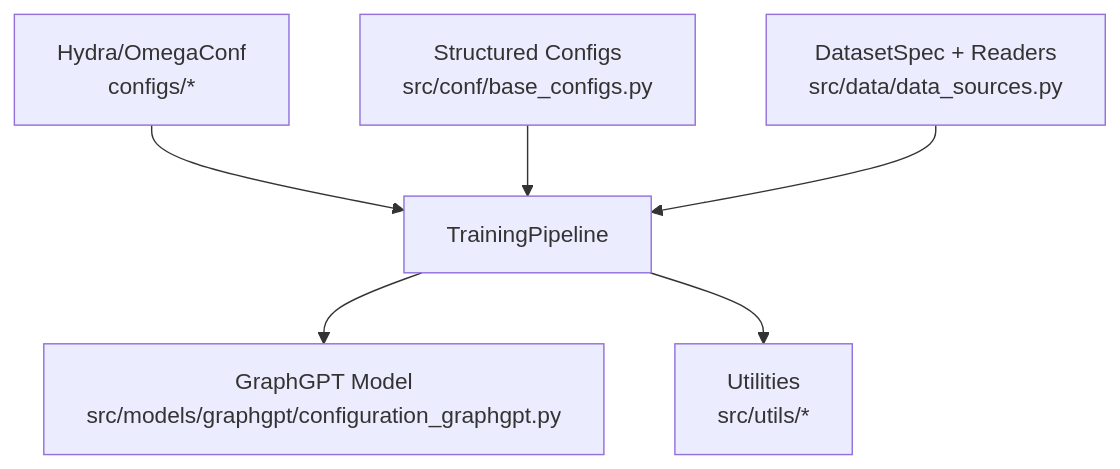
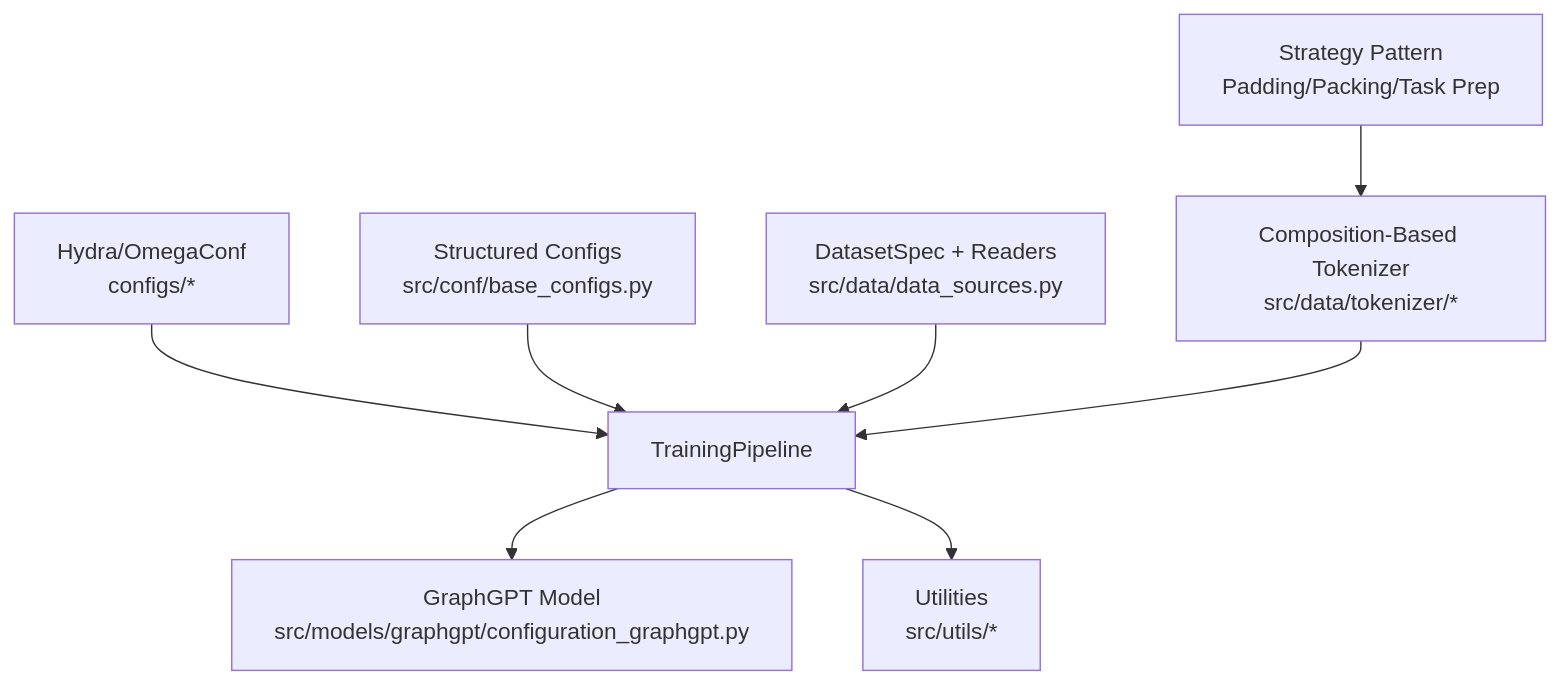
One commit to alibaba/graph-gpt changed the second of 8 diagrams in .qoder/repowiki/en/content/Development Guidelines.md. Above: the diagram before and after it, drawn with Mermaid. The commit also changed other lines of this file and 9 other files, not shown here.

````diff
--- a/.qoder/repowiki/en/content/Development Guidelines.md
+++ b/.qoder/repowiki/en/content/Development Guidelines.md
@@ -129,8 +146,10 @@
 ```mermaid
 graph TB
 CFG["Hydra/OmegaConf<br/>configs/*"] --> PIPE["TrainingPipeline"]
 CONF["Structured Configs<br/>src/conf/base_configs.py"] --> PIPE
 DATA["DatasetSpec + Readers<br/>src/data/data_sources.py"] --> PIPE
 PIPE --> MODEL["GraphGPT Model<br/>src/models/graphgpt/configuration_graphgpt.py"]
 PIPE --> UTILS["Utilities<br/>src/utils/*"]
+TOK["Composition-Based Tokenizer<br/>src/data/tokenizer/*"] --> PIPE
+STRAT["Strategy Pattern<br/>Padding/Packing/Task Prep"] --> TOK
 ```
````
